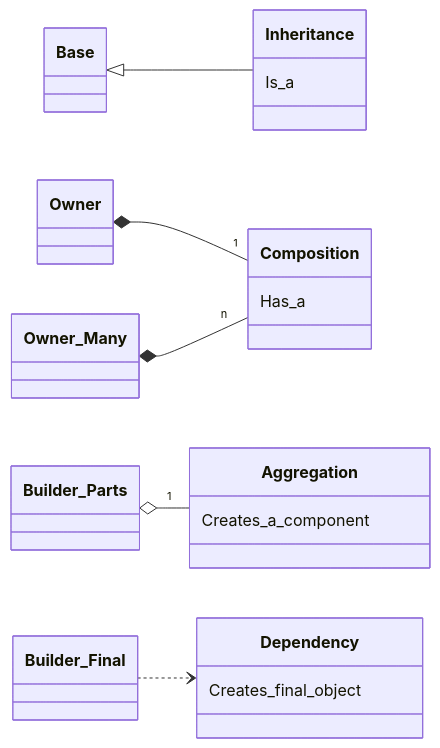
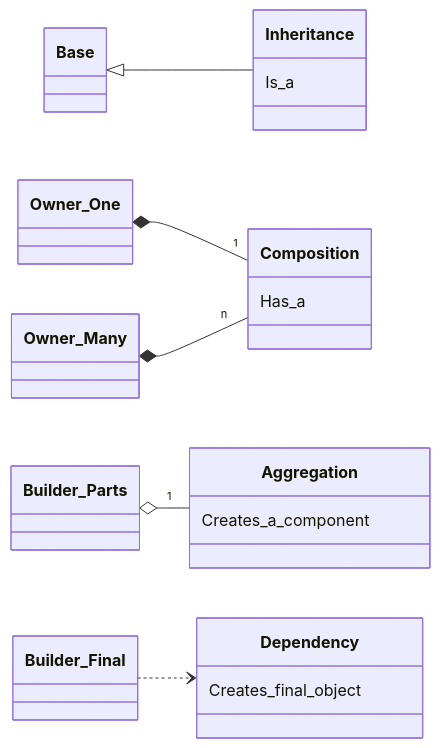
Before and after one commit to Cichlidfishexigency721/Modern-CPP-Design-Patterns: the second of 2 diagrams in 01_Builder/Dynamic_example/diagram.md, drawn with Mermaid.

````diff
--- a/01_Builder/Dynamic_example/diagram.md
+++ b/01_Builder/Dynamic_example/diagram.md
@@ -48,14 +48,14 @@
 ```mermaid
 classDiagram
    direction LR
    class Inheritance { Is_a }
    class Composition { Has_a }
    class Aggregation { Creates_a_component }
    class Dependency { Creates_final_object }
 
    Base <|-- Inheritance
-   Owner *-- "1" Composition
+   Owner_One *-- "1" Composition
    Owner_Many *-- "n" Composition
    Builder_Parts o-- "1" Aggregation
    Builder_Final ..> Dependency
 ```
````
